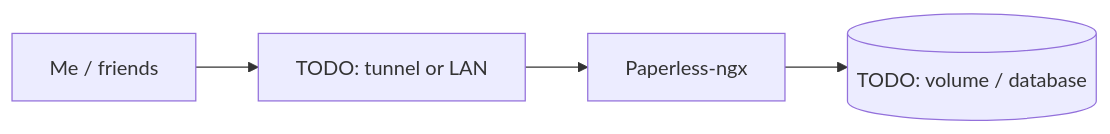
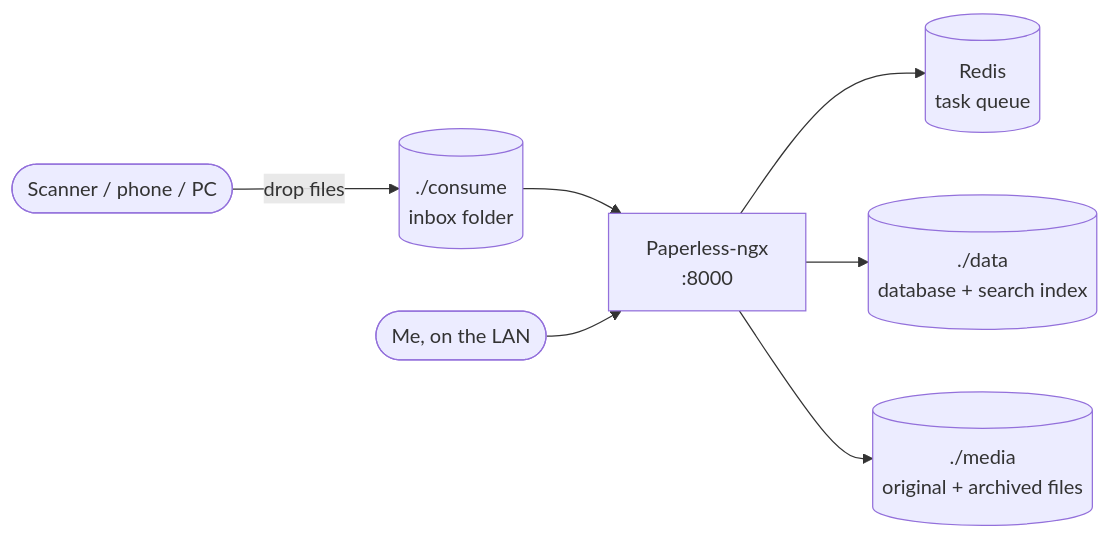
One commit to Shineori/homelab changed the diagram in docs/services/paperless.md. Above: the diagram before and after it, drawn with Mermaid. The commit also changed other lines of this file and 19 other files, not shown here.

````diff
--- a/docs/services/paperless.md
+++ b/docs/services/paperless.md
@@ -20,6 +21,9 @@
 ```mermaid
 flowchart LR
-    user[Me / friends] --> entry[TODO: tunnel or LAN]
-    entry --> app[Paperless-ngx]
-    app --> data[(TODO: volume / database)]
+    scan([Scanner / phone / PC]) -- drop files --> consume[(./consume<br/>inbox folder)]
+    consume --> pl[Paperless-ngx<br/>:8000]
+    pl --> redis[(Redis<br/>task queue)]
+    pl --> data[(./data<br/>database + search index)]
+    pl --> media[(./media<br/>original + archived files)]
+    me([Me, on the LAN]) --> pl
 ```
````
